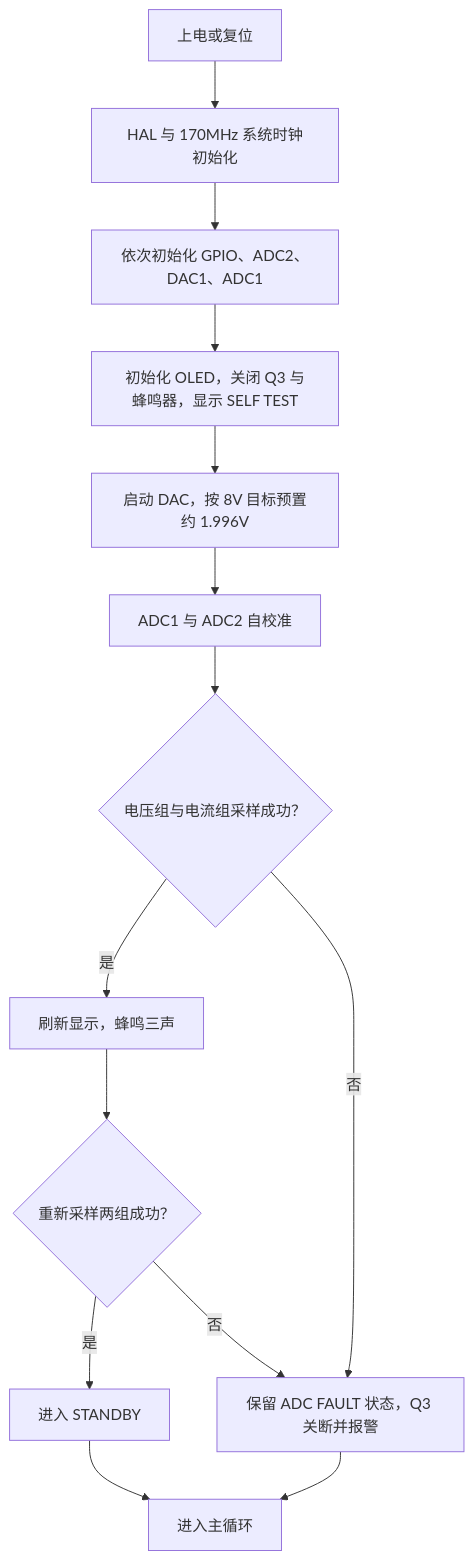
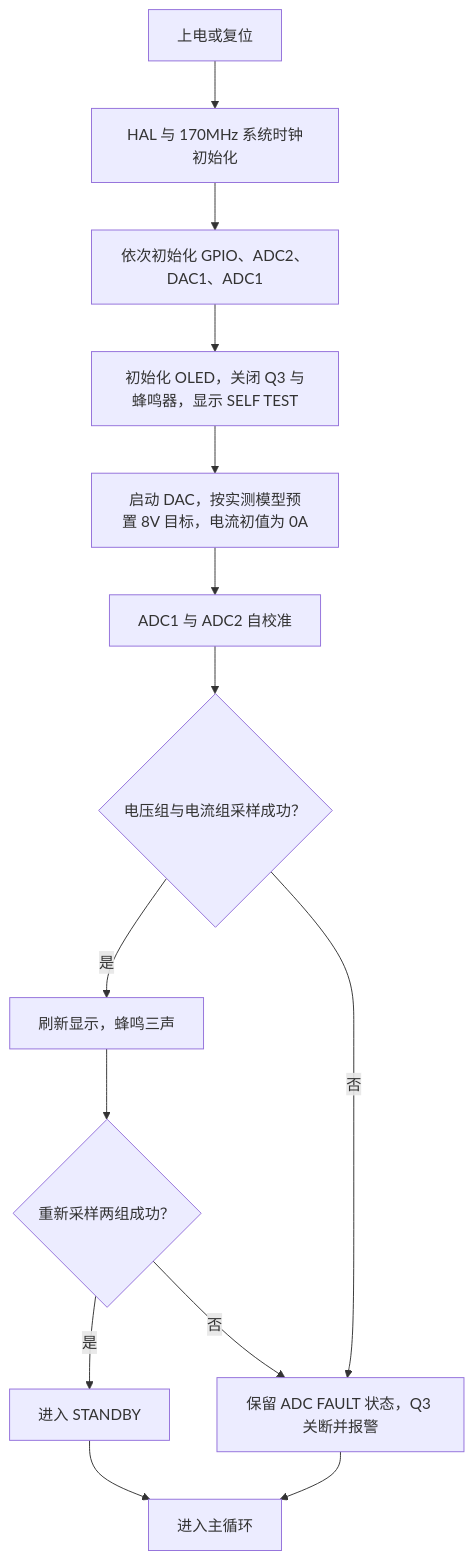
One commit to OhmDazzle/YLD_Cup changed the first of 4 diagrams in README_程序流程.md. Above: the diagram before and after it, drawn with Mermaid. The commit also changed other lines of this file and 15 other files, not shown here.

````diff
--- a/README_程序流程.md
+++ b/README_程序流程.md
@@ -59,16 +59,16 @@
 ```mermaid
 flowchart TD
     A[上电或复位] --> B[HAL 与 170MHz 系统时钟初始化]
     B --> C[依次初始化 GPIO、ADC2、DAC1、ADC1]
     C --> D[初始化 OLED，关闭 Q3 与蜂鸣器，显示 SELF TEST]
-    D --> E[启动 DAC，按 8V 目标预置约 1.996V]
+    D --> E[启动 DAC，按实测模型预置 8V 目标，电流初值为 0A]
     E --> F[ADC1 与 ADC2 自校准]
     F --> G{电压组与电流组采样成功？}
     G -->|是| H[刷新显示，蜂鸣三声]
     H --> I{重新采样两组成功？}
     I -->|是| J[进入 STANDBY]
     G -->|否| K[保留 ADC FAULT 状态，Q3 关断并报警]
     I -->|否| K
     J --> L[进入主循环]
     K --> L
 ```
````
